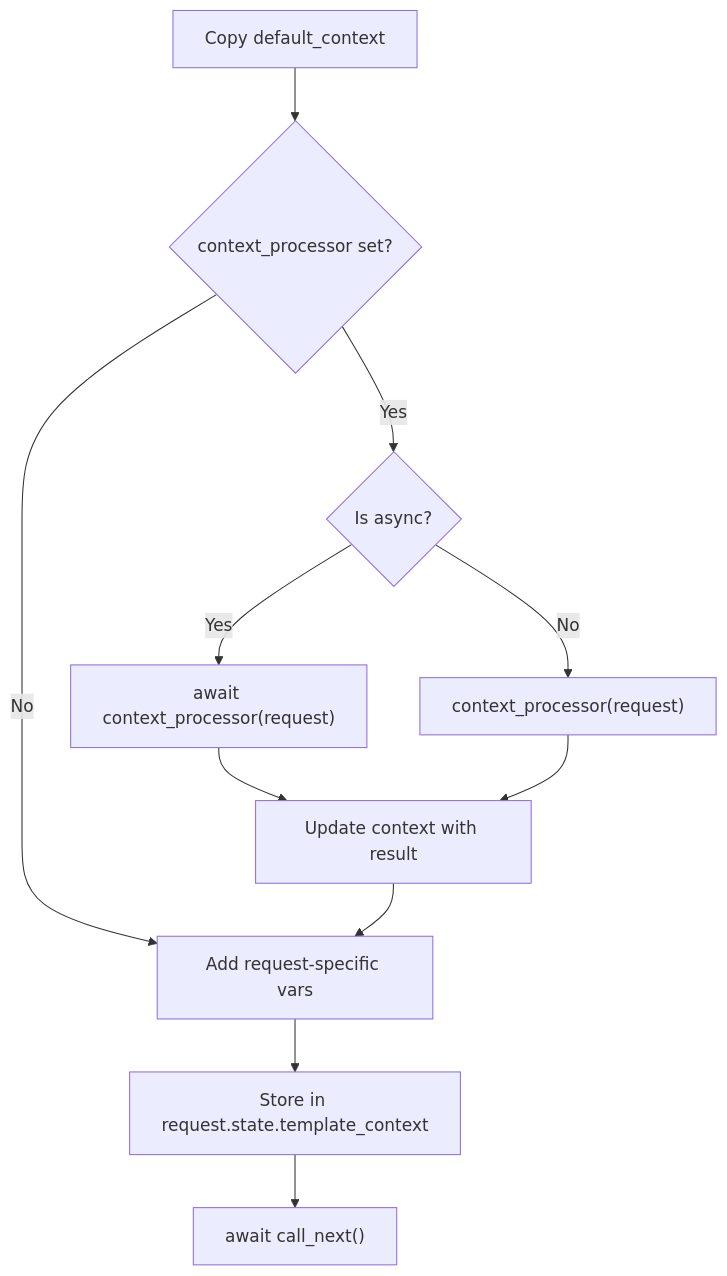
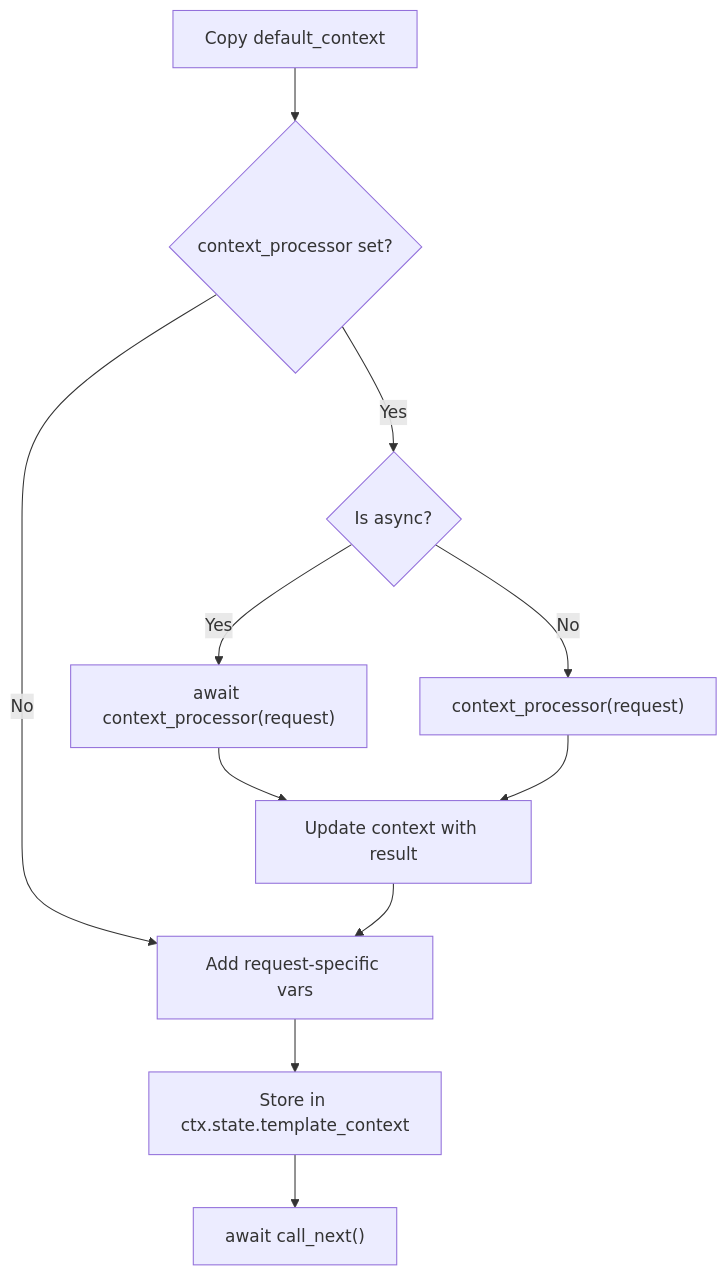
One commit to sillohq/core changed the third of 3 diagrams in docs/docs/src/content/docs/v1.0/advanced/templating.md. Above: the diagram before and after it, drawn with Mermaid. The commit also changed other lines of this file and 72 other files, not shown here.

First line of the commit message:
v1: finish the rename — no `request` left where the object is a context

````diff
--- a/docs/docs/src/content/docs/v1.0/advanced/templating.md
+++ b/docs/docs/src/content/docs/v1.0/advanced/templating.md
@@ -303,13 +303,13 @@
 ```mermaid
 flowchart TD
     A["Copy default_context"] --> B{"context_processor set?"}
     B -->|Yes| C{"Is async?"}
     C -->|Yes| D["await context_processor(request)"]
     C -->|No| E["context_processor(request)"]
     D --> F["Update context with result"]
     E --> F
     B -->|No| G["Add request-specific vars"]
     F --> G
-    G --> H["Store in request.state.template_context"]
+    G --> H["Store in ctx.state.template_context"]
     H --> I["await call_next()"]
 ```
````
